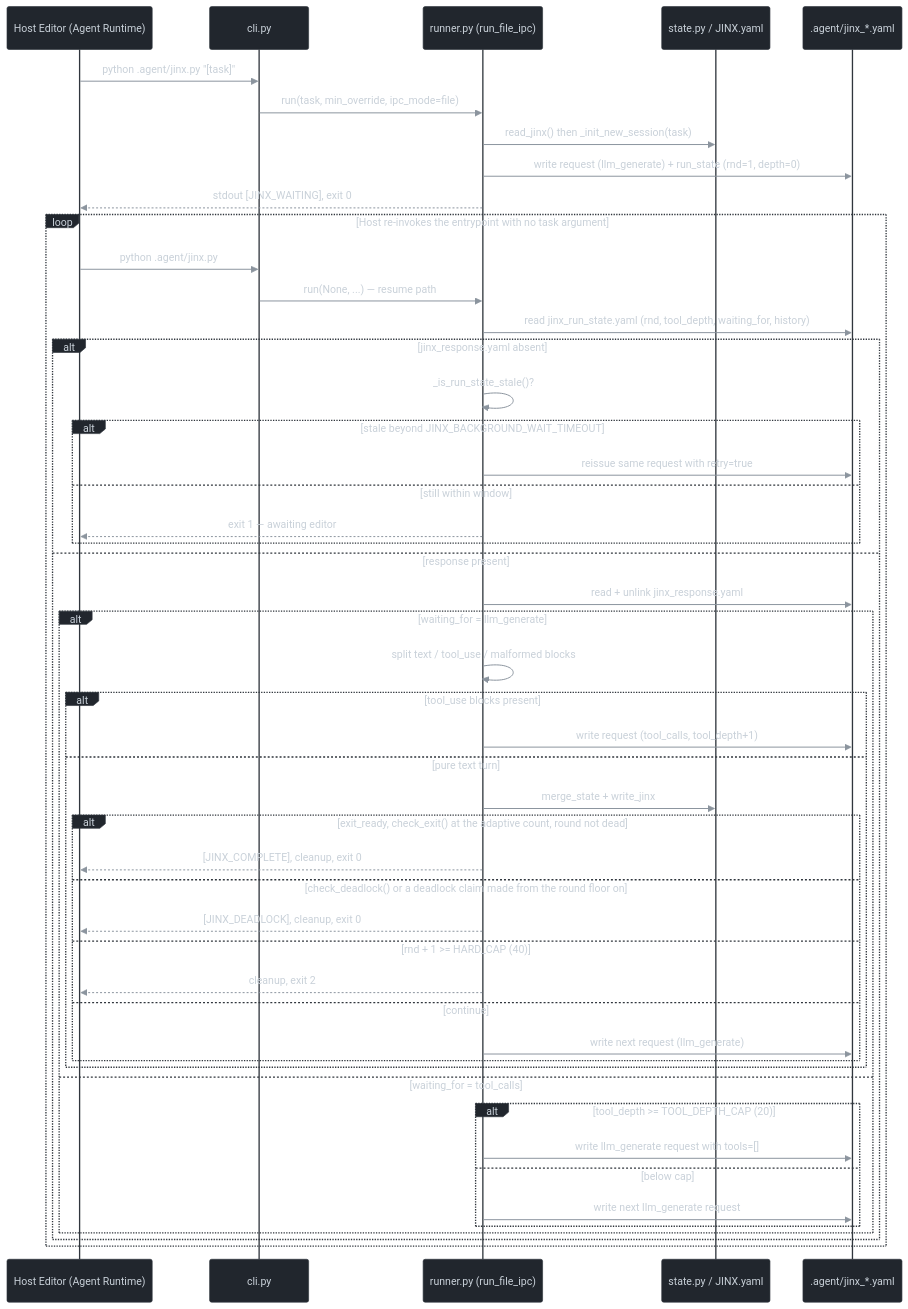
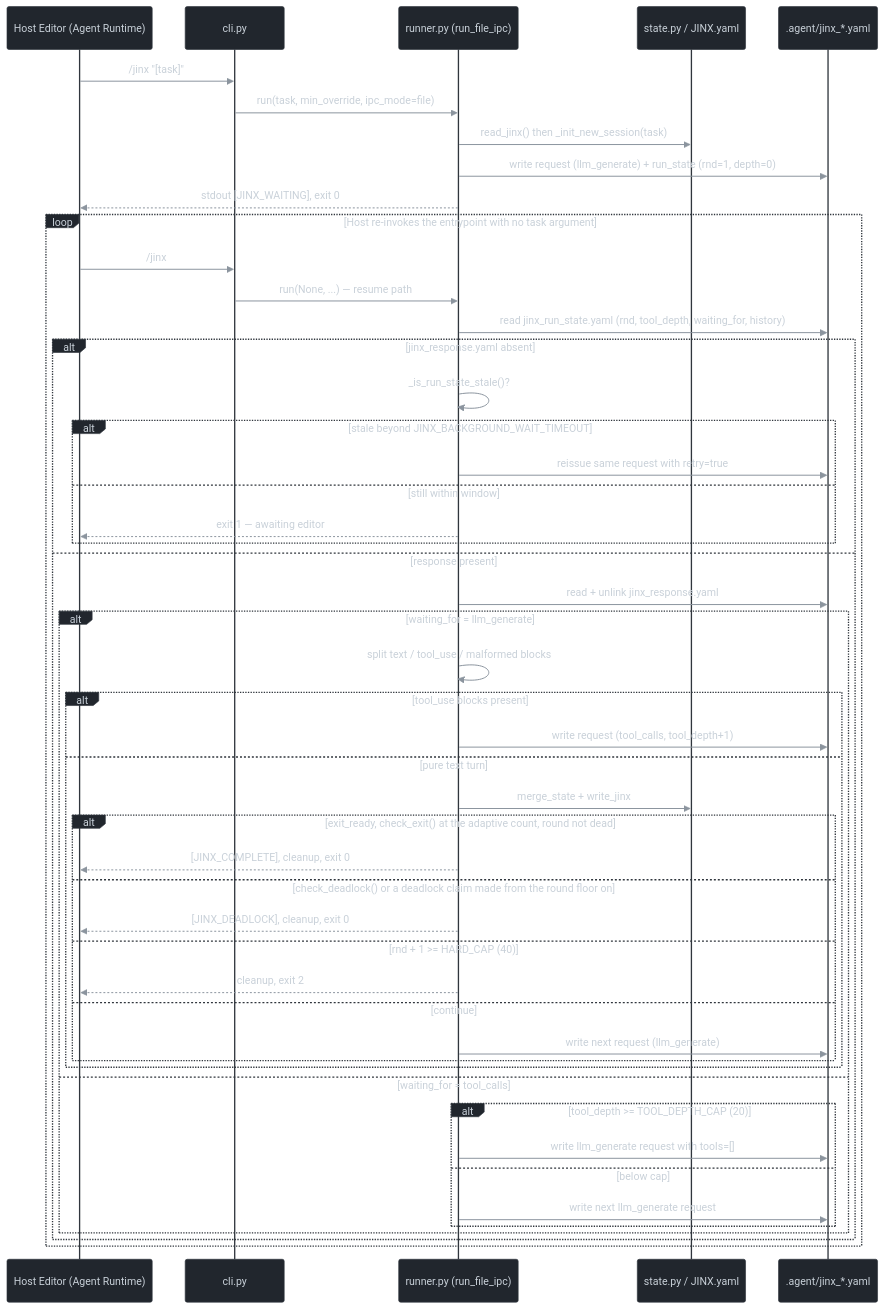
One commit to machinegpt/agent changed the fourth of 4 diagrams in README.md. Above: the diagram before and after it, drawn with Mermaid. The commit also changed other lines of this file and 29 other files, not shown here.

````diff
--- a/README.md
+++ b/README.md
@@ -515,55 +521,55 @@
 ```mermaid
 %%{init: {'theme': 'base', 'themeVariables': {"darkMode": true, "background": "#0d1117", "primaryColor": "#21262d", "primaryTextColor": "#e6edf3", "primaryBorderColor": "#8b949e", "lineColor": "#8b949e", "textColor": "#e6edf3", "edgeLabelBackground": "#161b22", "actorBkg": "#21262d", "actorBorder": "#30363d", "actorTextColor": "#c9d1d9", "actorLineColor": "#30363d", "signalColor": "#8b949e", "signalTextColor": "#c9d1d9", "noteBkgColor": "#161b22", "noteBorderColor": "#30363d", "noteTextColor": "#c9d1d9", "labelBoxBkgColor": "#21262d", "labelBoxBorderColor": "#30363d", "labelTextColor": "#c9d1d9", "loopTextColor": "#c9d1d9", "activationBkgColor": "#21262d", "activationBorderColor": "#30363d"}}}%%
 sequenceDiagram
     participant Host as Host Editor (Agent Runtime)
     participant CLI as cli.py
     participant Runner as runner.py (run_file_ipc)
     participant State as state.py / JINX.yaml
     participant IPC as .agent/jinx_*.yaml
 
-    Host->>CLI: python .agent/jinx.py "[task]"
+    Host->>CLI: /jinx "[task]"
     CLI->>Runner: run(task, min_override, ipc_mode=file)
     Runner->>State: read_jinx() then _init_new_session(task)
     Runner->>IPC: write request (llm_generate) + run_state (rnd=1, depth=0)
     Runner-->>Host: stdout [JINX_WAITING], exit 0
 
     loop Host re-invokes the entrypoint with no task argument
-        Host->>CLI: python .agent/jinx.py
+        Host->>CLI: /jinx
         CLI->>Runner: run(None, ...) — resume path
         Runner->>IPC: read jinx_run_state.yaml (rnd, tool_depth, waiting_for, history)
 
         alt jinx_response.yaml absent
             Runner->>Runner: _is_run_state_stale()?
             alt stale beyond JINX_BACKGROUND_WAIT_TIMEOUT
                 Runner->>IPC: reissue same request with retry=true
             else still within window
                 Runner-->>Host: exit 1 — awaiting editor
             end
         else response present
             Runner->>IPC: read + unlink jinx_response.yaml
                 alt waiting_for = llm_generate
                     Runner->>Runner: split text / tool_use / malformed blocks
                     alt tool_use blocks present
                         Runner->>IPC: write request (tool_calls, tool_depth+1)
                     else pure text turn
                         Runner->>State: merge_state + write_jinx
                         alt exit_ready, check_exit() at the adaptive count, round not dead
                             Runner-->>Host: [JINX_COMPLETE], cleanup, exit 0
                         else check_deadlock() or a deadlock claim made from the round floor on
                             Runner-->>Host: [JINX_DEADLOCK], cleanup, exit 0
                         else rnd + 1 >= HARD_CAP (40)
                             Runner-->>Host: cleanup, exit 2
                         else continue
                             Runner->>IPC: write next request (llm_generate)
                         end
                     end
             else waiting_for = tool_calls
                 alt tool_depth >= TOOL_DEPTH_CAP (20)
                     Runner->>IPC: write llm_generate request with tools=[]
                 else below cap
                     Runner->>IPC: write next llm_generate request
                 end
             end
         end
     end
 ```
````
